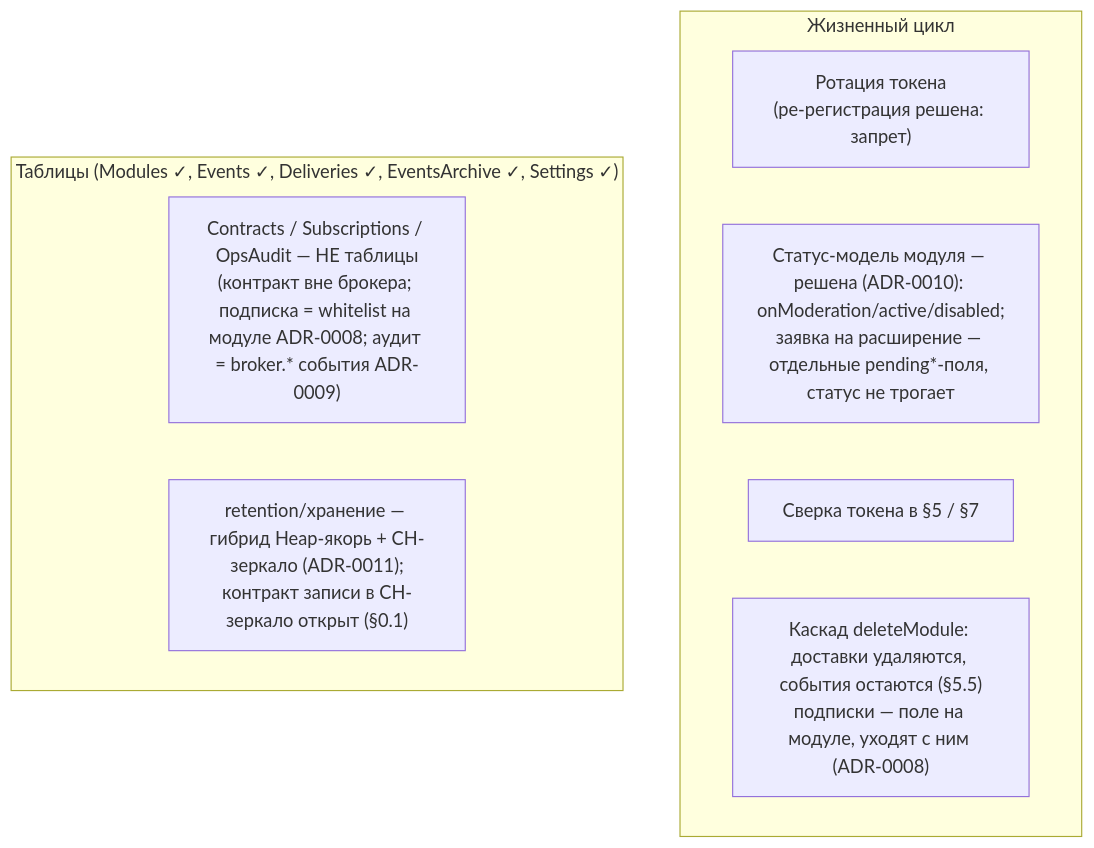
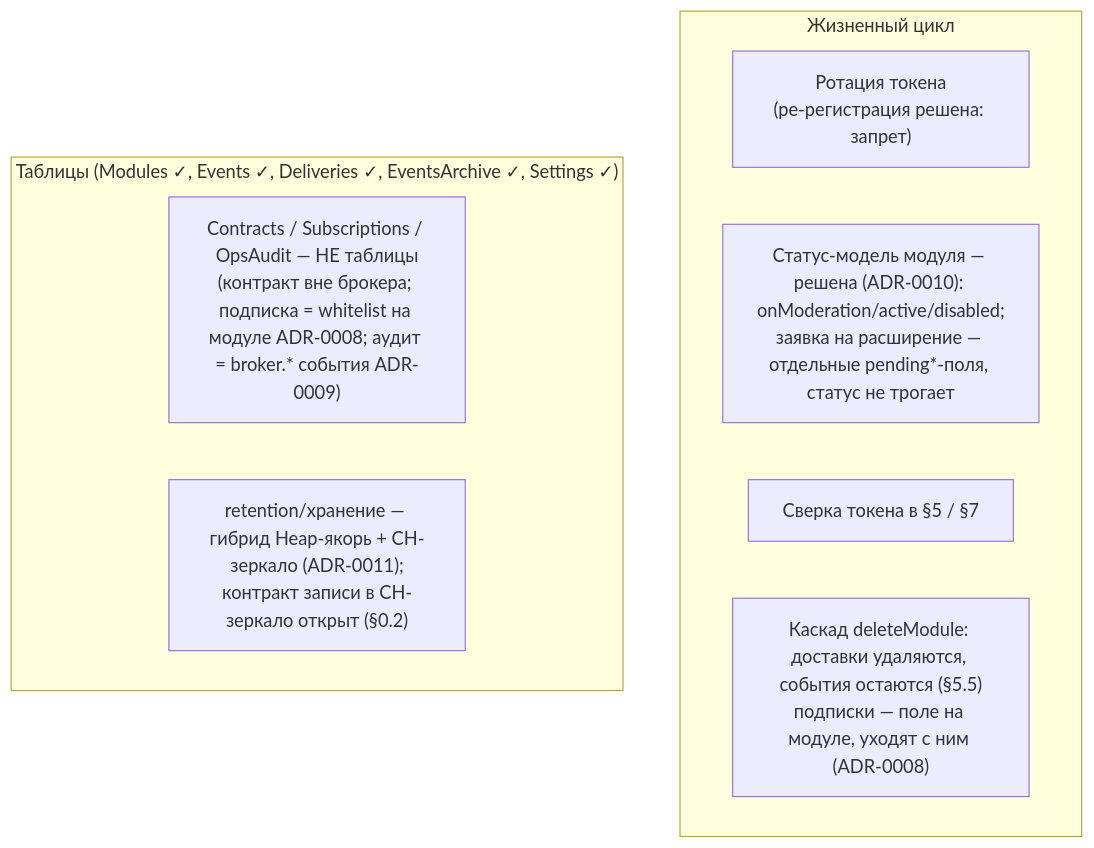
Diagram 11 of 11 in s.chtm.khudoley.pro/d/system/broker/docs/spec/spec-map.md (andrey-khudoley/Chatium), drawn with Mermaid before and after one commit. The commit also changed other lines of this file and 10 other files, not shown here.

````diff
--- a/s.chtm.khudoley.pro/d/system/broker/docs/spec/spec-map.md
+++ b/s.chtm.khudoley.pro/d/system/broker/docs/spec/spec-map.md
@@ -331,13 +331,13 @@
 ```mermaid
 flowchart TB
   subgraph LIFE["Жизненный цикл"]
     B1["Ротация токена<br/>(ре-регистрация решена: запрет)"]
     B2["Статус-модель модуля — решена (ADR-0010): onModeration/active/disabled;<br/>заявка на расширение — отдельные pending*-поля, статус не трогает"]
     B3["Сверка токена в §5 / §7"]
     B4["Каскад deleteModule: доставки удаляются, события остаются (§5.5)<br/>подписки — поле на модуле, уходят с ним (ADR-0008)"]
   end
   subgraph TBL["Таблицы (Modules ✓, Events ✓, Deliveries ✓, EventsArchive ✓, Settings ✓)"]
     C1["Contracts / Subscriptions / OpsAudit — НЕ таблицы<br/>(контракт вне брокера; подписка = whitelist на модуле ADR-0008; аудит = broker.* события ADR-0009)"]
-    C2["retention/хранение — гибрид Heap-якорь + CH-зеркало (ADR-0011);<br/>контракт записи в CH-зеркало открыт (§0.1)"]
+    C2["retention/хранение — гибрид Heap-якорь + CH-зеркало (ADR-0011);<br/>контракт записи в CH-зеркало открыт (§0.2)"]
   end
 ```
````
